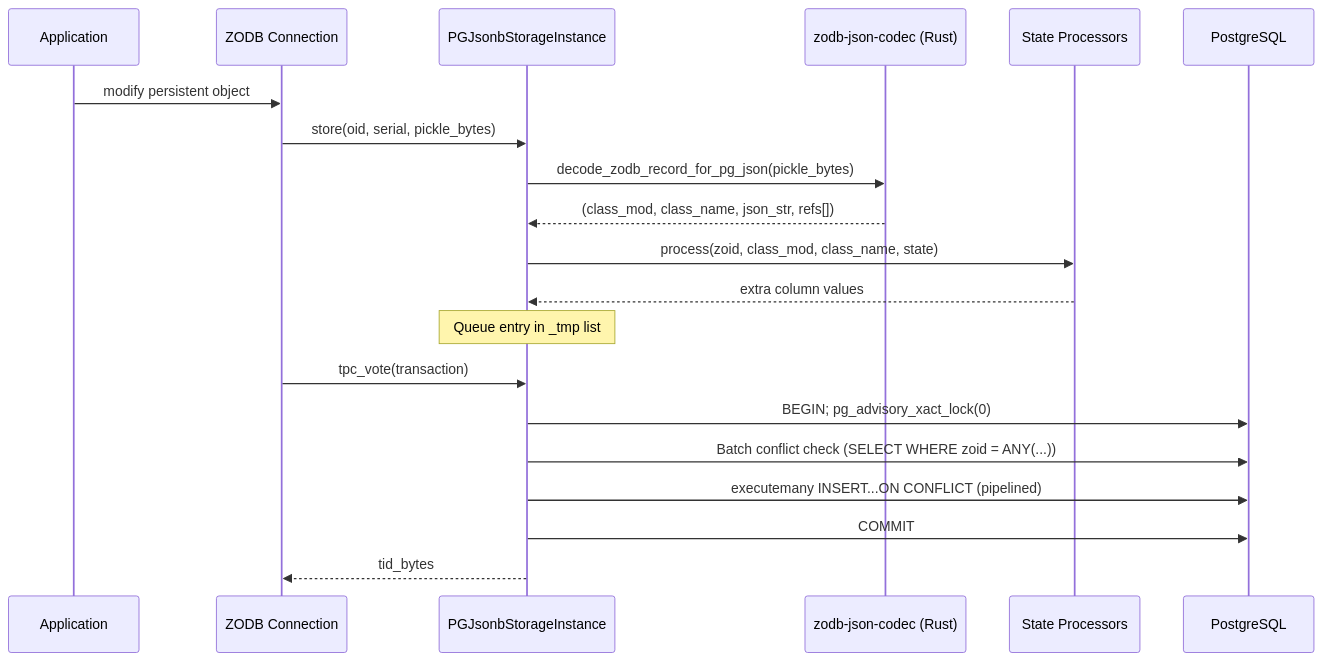
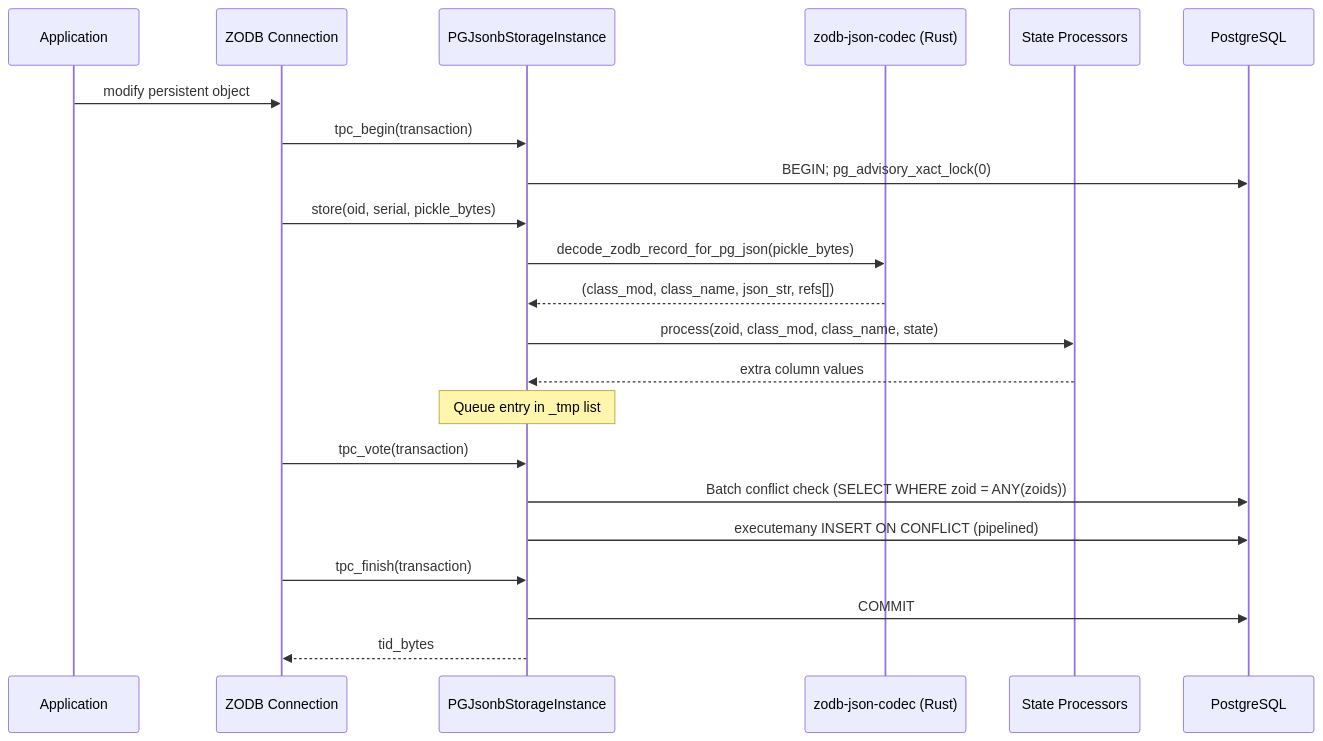
Before and after one commit to bluedynamics/zodb-pgjsonb: the second of 4 diagrams in docs/sources/explanation/architecture.md, drawn with Mermaid. The commit also changed other lines of this file and 30 other files, not shown here.

````diff
--- a/docs/sources/explanation/architecture.md
+++ b/docs/sources/explanation/architecture.md
@@ -44,23 +50,25 @@
 ```{mermaid}
 sequenceDiagram
     participant App as Application
     participant ZODB as ZODB Connection
     participant Inst as PGJsonbStorageInstance
     participant Codec as zodb-json-codec (Rust)
     participant SP as State Processors
     participant PG as PostgreSQL
 
     App->>ZODB: modify persistent object
+    ZODB->>Inst: tpc_begin(transaction)
+    Inst->>PG: BEGIN#59; pg_advisory_xact_lock(0)
     ZODB->>Inst: store(oid, serial, pickle_bytes)
     Inst->>Codec: decode_zodb_record_for_pg_json(pickle_bytes)
     Codec-->>Inst: (class_mod, class_name, json_str, refs[])
     Inst->>SP: process(zoid, class_mod, class_name, state)
     SP-->>Inst: extra column values
     Note over Inst: Queue entry in _tmp list
     ZODB->>Inst: tpc_vote(transaction)
-    Inst->>PG: BEGIN#59; pg_advisory_xact_lock(0)
-    Inst->>PG: Batch conflict check (SELECT WHERE zoid = ANY(...))
-    Inst->>PG: executemany INSERT...ON CONFLICT (pipelined)
+    Inst->>PG: Batch conflict check (SELECT WHERE zoid = ANY(zoids))
+    Inst->>PG: executemany INSERT ON CONFLICT (pipelined)
+    ZODB->>Inst: tpc_finish(transaction)
     Inst->>PG: COMMIT
     Inst-->>ZODB: tid_bytes
 ```
````
